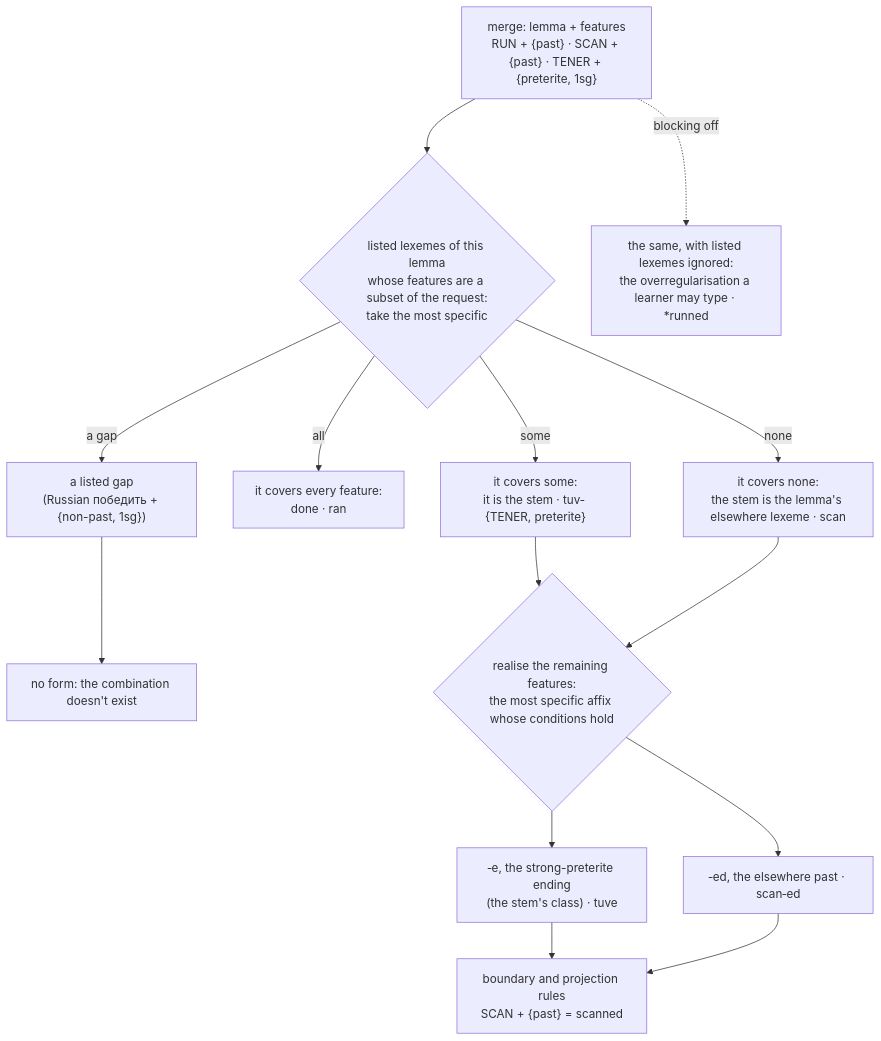
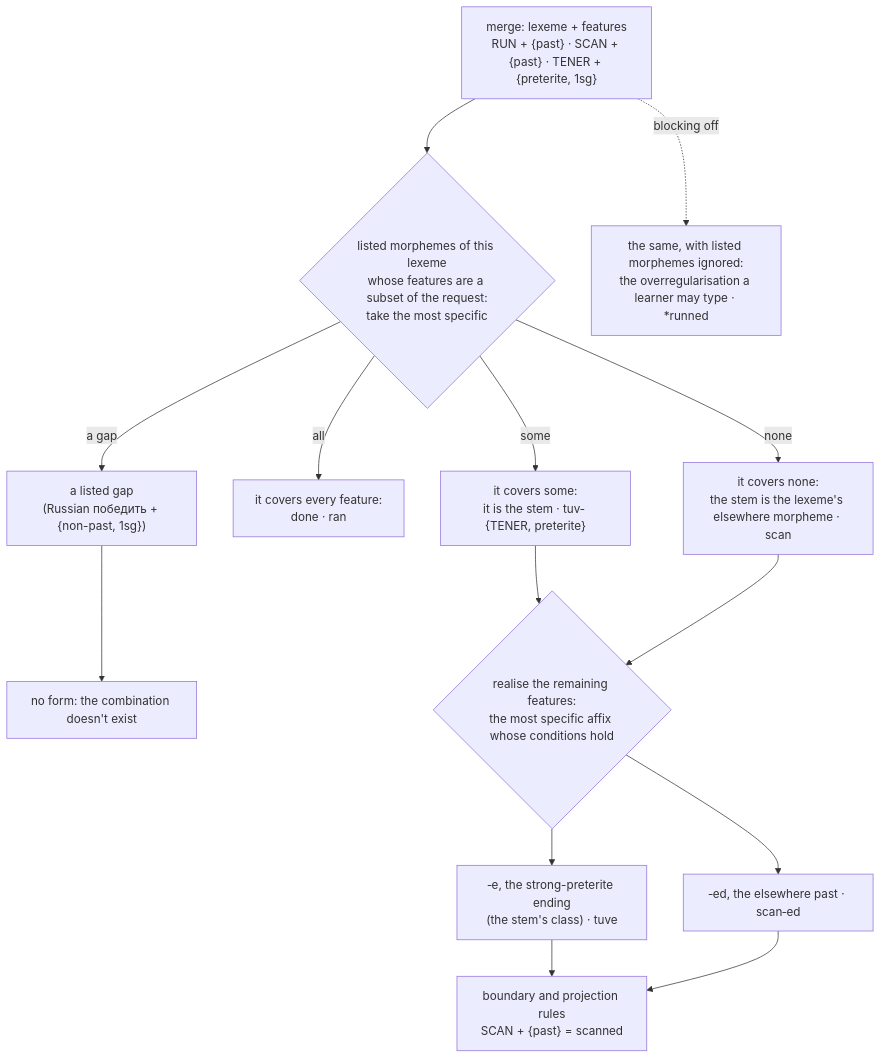
One commit to iwsfutcmd/nabu changed the third of 3 diagrams in docs/lexeme-model.md. Above: the diagram before and after it, drawn with Mermaid. The commit also changed other lines of this file and 1 other file, not shown here.

First line of the commit message:
docs: rename to concept > lexeme > morpheme > allomorph

````diff
--- a/docs/lexeme-model.md
+++ b/docs/lexeme-model.md
@@ -362,24 +353,24 @@
 ```mermaid
 flowchart TB
-  REQ["merge: lemma + features<br/>RUN + {past} · SCAN + {past} · TENER + {preterite, 1sg}"]
-  LOOK{"listed lexemes of this lemma<br/>whose features are a subset of the request:<br/>take the most specific"}
+  REQ["merge: lexeme + features<br/>RUN + {past} · SCAN + {past} · TENER + {preterite, 1sg}"]
+  LOOK{"listed morphemes of this lexeme<br/>whose features are a subset of the request:<br/>take the most specific"}
   GAP["a listed gap<br/>(Russian победить + {non-past, 1sg})"]
   NONE["no form: the combination doesn't exist"]
   ALL["it covers every feature:<br/>done · ran"]
   PART["it covers some:<br/>it is the stem · tuv‑ {TENER, preterite}"]
-  BASE["it covers none:<br/>the stem is the lemma's elsewhere lexeme · scan"]
+  BASE["it covers none:<br/>the stem is the lexeme's elsewhere morpheme · scan"]
   AFF{"realise the remaining features:<br/>the most specific affix whose conditions hold"}
   A1["‑e, the strong-preterite ending<br/>(the stem's class) · tuve"]
   A2["‑ed, the elsewhere past · scan‑ed"]
   BND["boundary and projection rules<br/>SCAN + {past} = scanned"]
-  OFF["the same, with listed lexemes ignored:<br/>the overregularisation a learner may type · *runned"]
+  OFF["the same, with listed morphemes ignored:<br/>the overregularisation a learner may type · *runned"]
 
   REQ --> LOOK
   LOOK -->|a gap| GAP --> NONE
   LOOK -->|all| ALL
   LOOK -->|some| PART --> AFF
   LOOK -->|none| BASE --> AFF
   AFF --> A1 --> BND
   AFF --> A2 --> BND
   REQ -.->|blocking off| OFF
 ```
````
